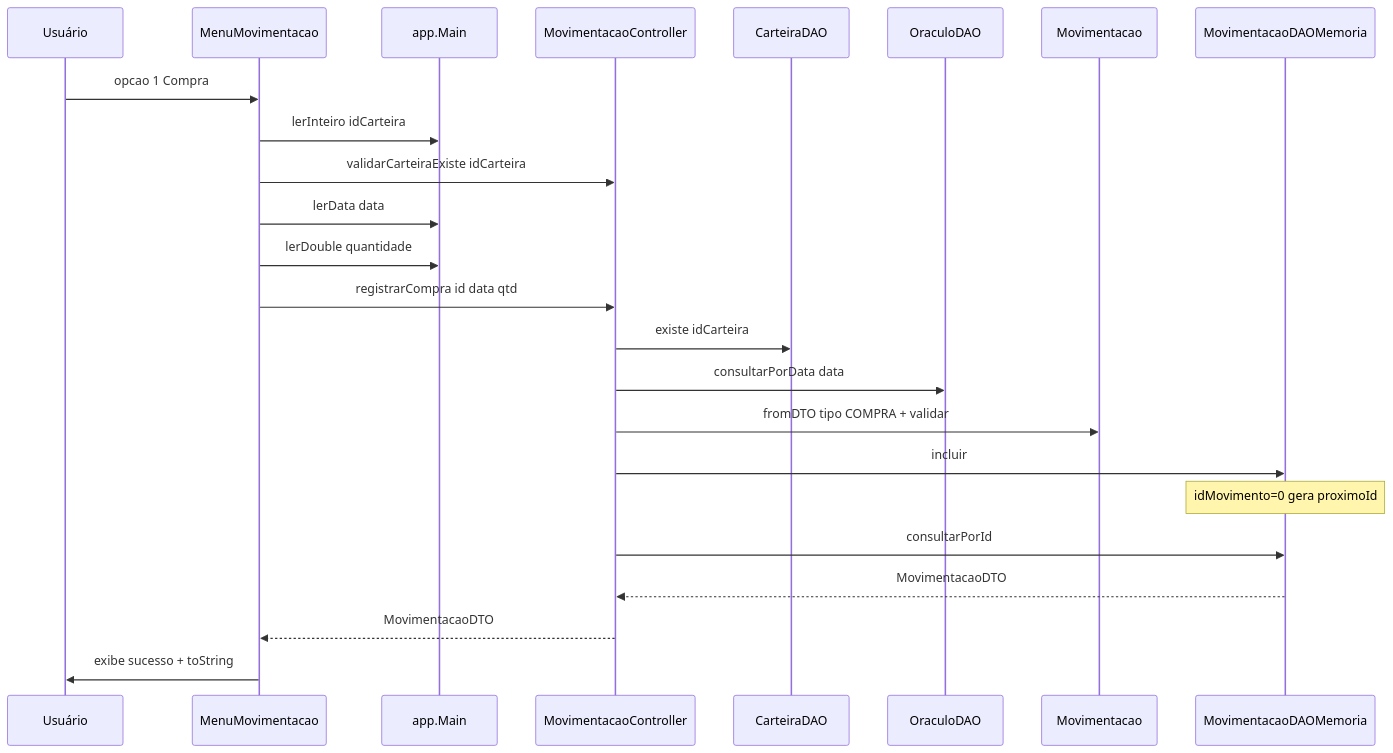
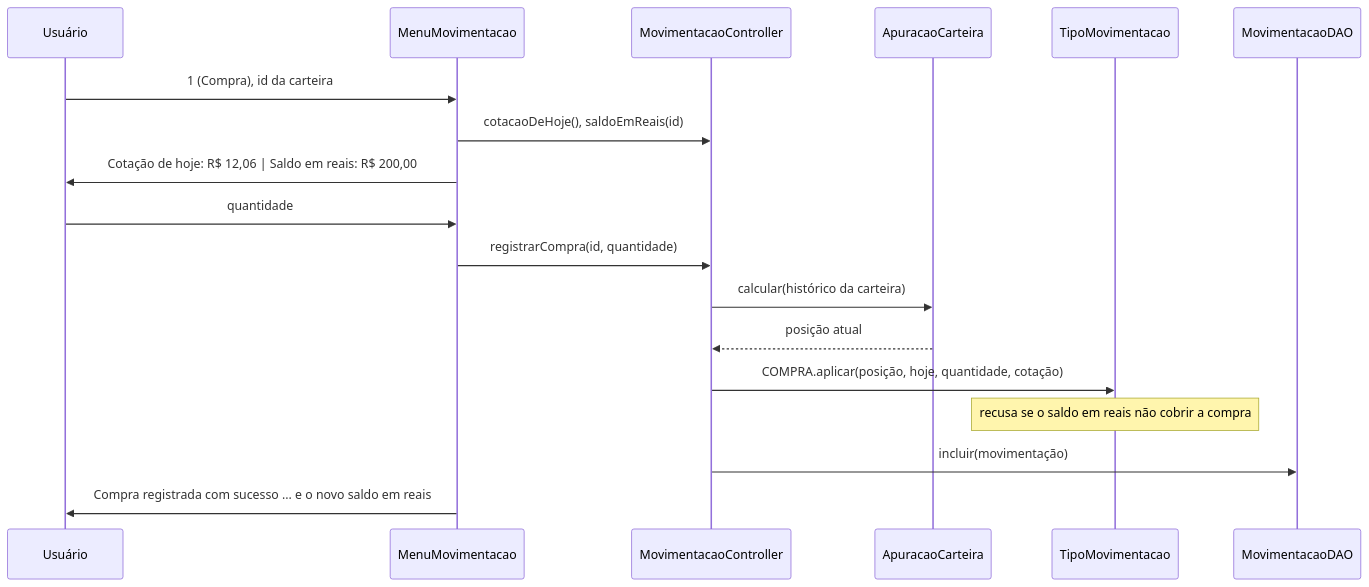
Before and after one commit to CassianoBorborema/FT_Coin: the second of 2 diagrams in docs/fluxo-movimentacao.md, drawn with Mermaid. The commit also changed other lines of this file and 107 other files, not shown here.

````diff
--- a/docs/fluxo-movimentacao.md
+++ b/docs/fluxo-movimentacao.md
@@ -134,27 +54,21 @@
 ```mermaid
 sequenceDiagram
-    participant User as Usuário
+    participant U as Usuário
     participant MM as MenuMovimentacao
-    participant Main as app.Main
-    participant Ctrl as MovimentacaoController
-    participant CarteiraDAO as CarteiraDAO
-    participant OraculoDAO as OraculoDAO
-    participant Model as Movimentacao
-    participant MovDAO as MovimentacaoDAOMemoria
+    participant C as MovimentacaoController
+    participant A as ApuracaoCarteira
+    participant T as TipoMovimentacao
+    participant D as MovimentacaoDAO
 
-    User->>MM: opcao 1 Compra
-    MM->>Main: lerInteiro idCarteira
-    MM->>Ctrl: validarCarteiraExiste idCarteira
-    MM->>Main: lerData data
-    MM->>Main: lerDouble quantidade
-    MM->>Ctrl: registrarCompra id data qtd
-    Ctrl->>CarteiraDAO: existe idCarteira
-    Ctrl->>OraculoDAO: consultarPorData data
-    Ctrl->>Model: fromDTO tipo COMPRA + validar
-    Ctrl->>MovDAO: incluir
-    Note over MovDAO: idMovimento=0 gera proximoId
-    Ctrl->>MovDAO: consultarPorId
-    MovDAO-->>Ctrl: MovimentacaoDTO
-    Ctrl-->>MM: MovimentacaoDTO
-    MM->>User: exibe sucesso + toString
+    U->>MM: 1 (Compra), id da carteira
+    MM->>C: cotacaoDeHoje(), saldoEmReais(id)
+    MM->>U: Cotação de hoje: R$ 12,06 | Saldo em reais: R$ 200,00
+    U->>MM: quantidade
+    MM->>C: registrarCompra(id, quantidade)
+    C->>A: calcular(histórico da carteira)
+    A-->>C: posição atual
+    C->>T: COMPRA.aplicar(posição, hoje, quantidade, cotação)
+    Note over T: recusa se o saldo em reais não cobrir a compra
+    C->>D: incluir(movimentação)
+    MM->>U: Compra registrada com sucesso ... e o novo saldo em reais
 ```
````
